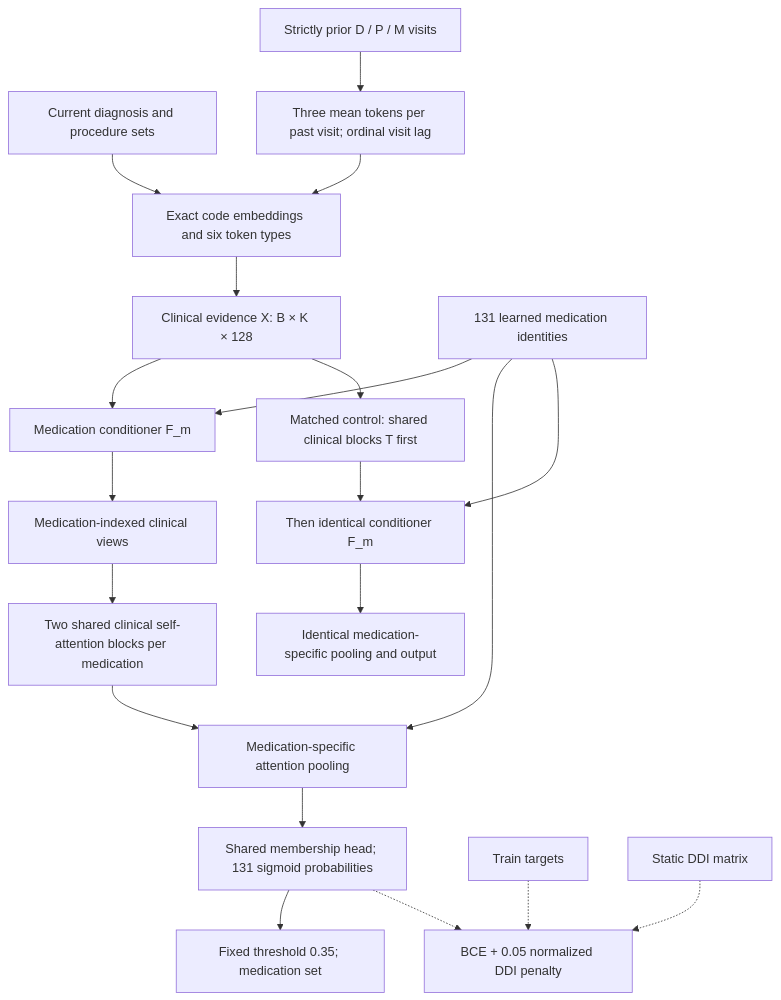
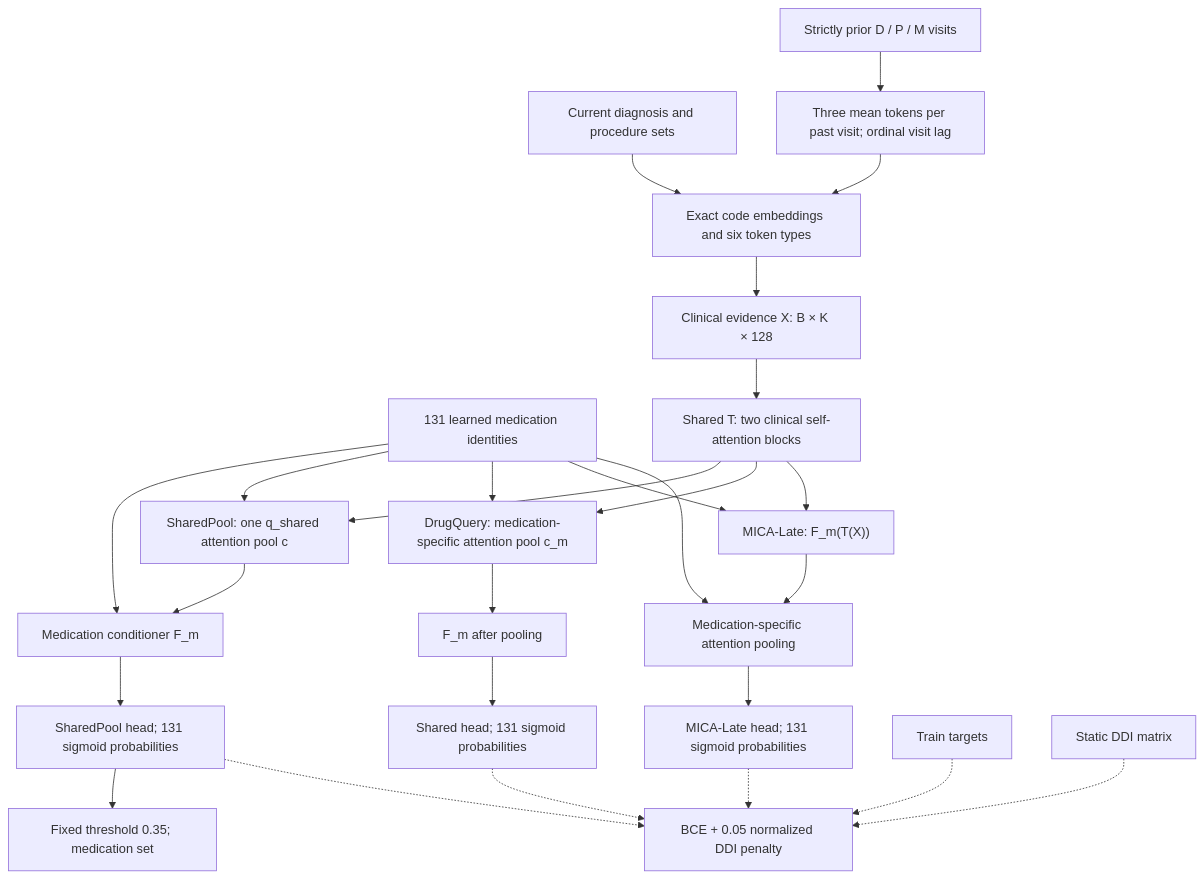
One commit to Aeonbrk/medrec-research changed the diagram in research/prototypes/mica/README.md. Above: the diagram before and after it, drawn with Mermaid. The commit also changed other lines of this file and 5 other files, not shown here.

````diff
--- a/research/prototypes/mica/README.md
+++ b/research/prototypes/mica/README.md
@@ -200,22 +204,28 @@
 ```mermaid
 flowchart TD
     A["Current diagnosis and procedure sets"] --> C["Exact code embeddings and six token types"]
     B["Strictly prior D / P / M visits"] --> H["Three mean tokens per past visit; ordinal visit lag"]
     H --> C
     C --> X["Clinical evidence X: B × K × 128"]
     E["131 learned medication identities"] --> F["Medication conditioner F_m"]
-    X --> F
-    F --> U["Medication-indexed clinical views"]
-    U --> T["Two shared clinical self-attention blocks per medication"]
-    T --> P["Medication-specific attention pooling"]
+    X --> T["Shared T: two clinical self-attention blocks"]
+    T --> SP["SharedPool: one q_shared attention pool c"]
+    E --> SP
+    SP --> F
+    T --> DQ["DrugQuery: medication-specific attention pool c_m"]
+    E --> DQ
+    DQ --> FQ["F_m after pooling"]
+    FQ --> ZQ["Shared head; 131 sigmoid probabilities"]
+    F --> Z["SharedPool head; 131 sigmoid probabilities"]
+    T --> LC["MICA-Late: F_m(T(X))"]
+    E --> LC
+    LC --> P["Medication-specific attention pooling"]
     E --> P
-    P --> Z["Shared membership head; 131 sigmoid probabilities"]
+    P --> ZL["MICA-Late head; 131 sigmoid probabilities"]
     Z --> S["Fixed threshold 0.35; medication set"]
     Y["Train targets"] -.-> L["BCE + 0.05 normalized DDI penalty"]
     D["Static DDI matrix"] -.-> L
     Z -.-> L
-    X --> TC["Matched control: shared clinical blocks T first"]
-    TC --> FC["Then identical conditioner F_m"]
-    E --> FC
-    FC --> PC["Identical medication-specific pooling and output"]
+    ZQ -.-> L
+    ZL -.-> L
 ```
````
